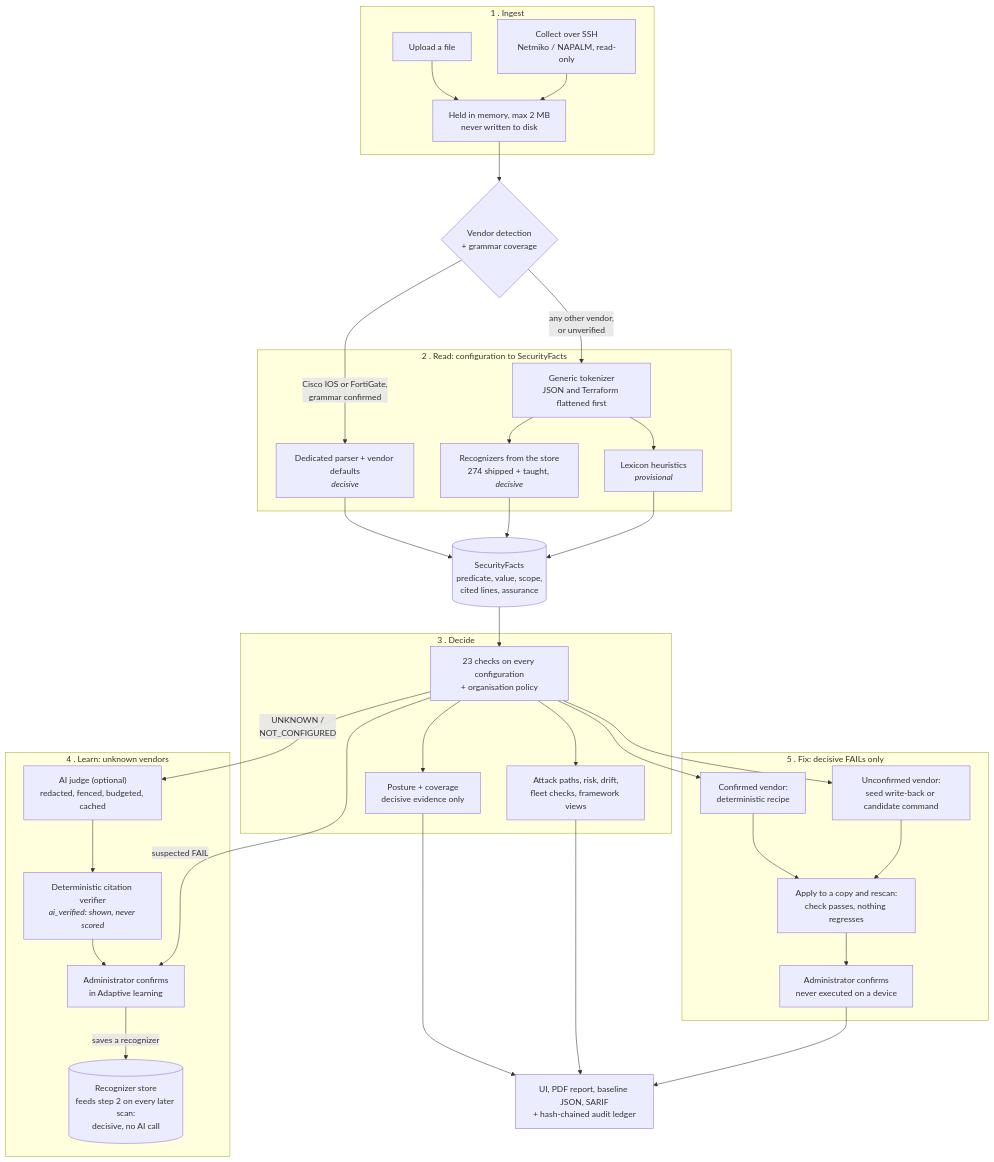
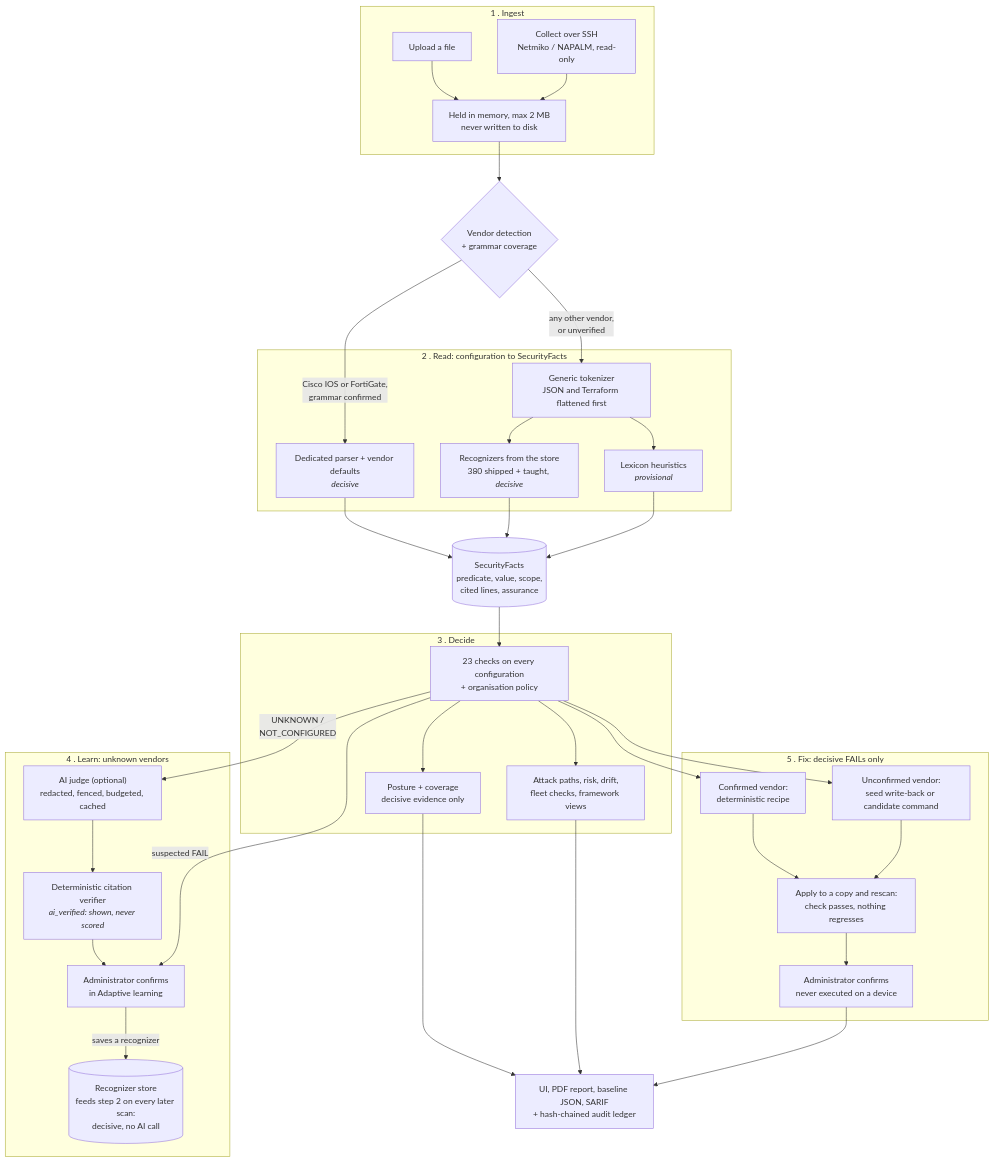
One commit to astrilo-monk/sih-26155 changed the diagram in README.md. Above: the diagram before and after it, drawn with Mermaid. The commit also changed other lines of this file and 44 other files, not shown here.

````diff
--- a/README.md
+++ b/README.md
@@ -111,66 +111,66 @@
 ```mermaid
 flowchart TD
     subgraph S1["1 . Ingest"]
         UP["Upload a file"]
         SSH["Collect over SSH<br/>Netmiko / NAPALM, read-only"]
         MEM["Held in memory, max 2 MB<br/>never written to disk"]
         UP --> MEM
         SSH --> MEM
     end
 
     MEM --> DET{"Vendor detection<br/>+ grammar coverage"}
 
     subgraph S2["2 . Read: configuration to SecurityFacts"]
         PAR["Dedicated parser + vendor defaults<br/><i>decisive</i>"]
         TOK["Generic tokenizer<br/>JSON and Terraform flattened first"]
-        REC["Recognizers from the store<br/>274 shipped + taught, <i>decisive</i>"]
+        REC["Recognizers from the store<br/>380 shipped + taught, <i>decisive</i>"]
         HEU["Lexicon heuristics<br/><i>provisional</i>"]
         TOK --> REC
         TOK --> HEU
     end
 
     DET -->|"Cisco IOS or FortiGate,<br/>grammar confirmed"| PAR
     DET -->|"any other vendor,<br/>or unverified"| TOK
 
     FACTS[("SecurityFacts<br/>predicate, value, scope,<br/>cited lines, assurance")]
     PAR --> FACTS
     REC --> FACTS
     HEU --> FACTS
 
     subgraph S3["3 . Decide"]
         CTL["23 checks on every configuration<br/>+ organisation policy"]
         SCORE["Posture + coverage<br/>decisive evidence only"]
         CTX["Attack paths, risk, drift,<br/>fleet checks, framework views"]
         CTL --> SCORE
         CTL --> CTX
     end
     FACTS --> CTL
 
     subgraph S4["4 . Learn: unknown vendors"]
         JUDGE["AI judge (optional)<br/>redacted, fenced, budgeted, cached"]
         VER["Deterministic citation verifier<br/><i>ai_verified: shown, never scored</i>"]
         HUM["Administrator confirms<br/>in Adaptive learning"]
         DB[("Recognizer store<br/>feeds step 2 on every later scan:<br/>decisive, no AI call")]
         JUDGE --> VER --> HUM
         HUM -->|"saves a recognizer"| DB
     end
     CTL -->|"UNKNOWN /<br/>NOT_CONFIGURED"| JUDGE
     CTL -->|"suspected FAIL"| HUM
 
     subgraph S5["5 . Fix: decisive FAILs only"]
         RCP["Confirmed vendor:<br/>deterministic recipe"]
         WB["Unconfirmed vendor:<br/>seed write-back or candidate command"]
         RESCAN["Apply to a copy and rescan:<br/>check passes, nothing regresses"]
         OK["Administrator confirms<br/>never executed on a device"]
         RCP --> RESCAN
         WB --> RESCAN
         RESCAN --> OK
     end
     CTL --> RCP
     CTL --> WB
 
     OUT["UI, PDF report, baseline JSON, SARIF<br/>+ hash-chained audit ledger"]
     SCORE --> OUT
     CTX --> OUT
     OK --> OUT
 ```
````
